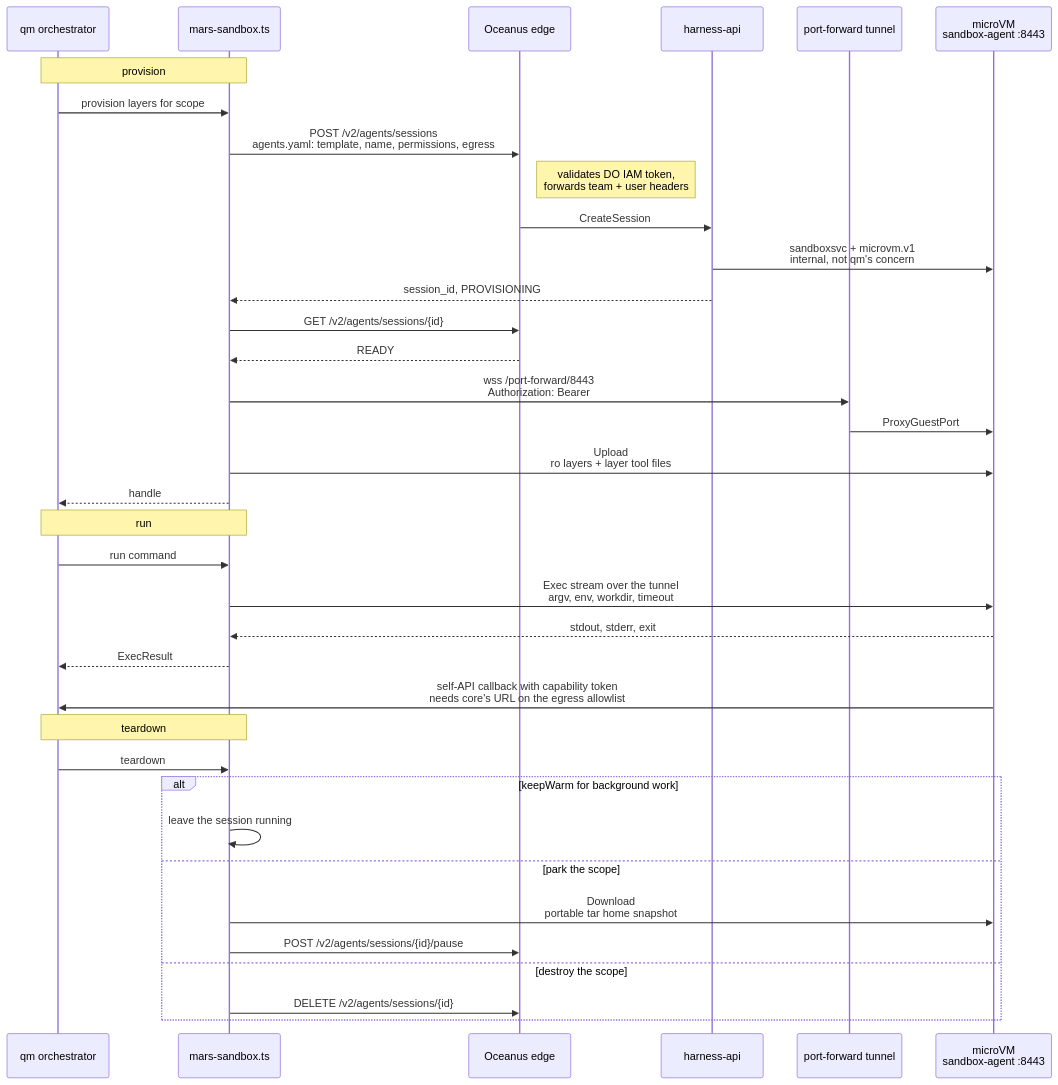
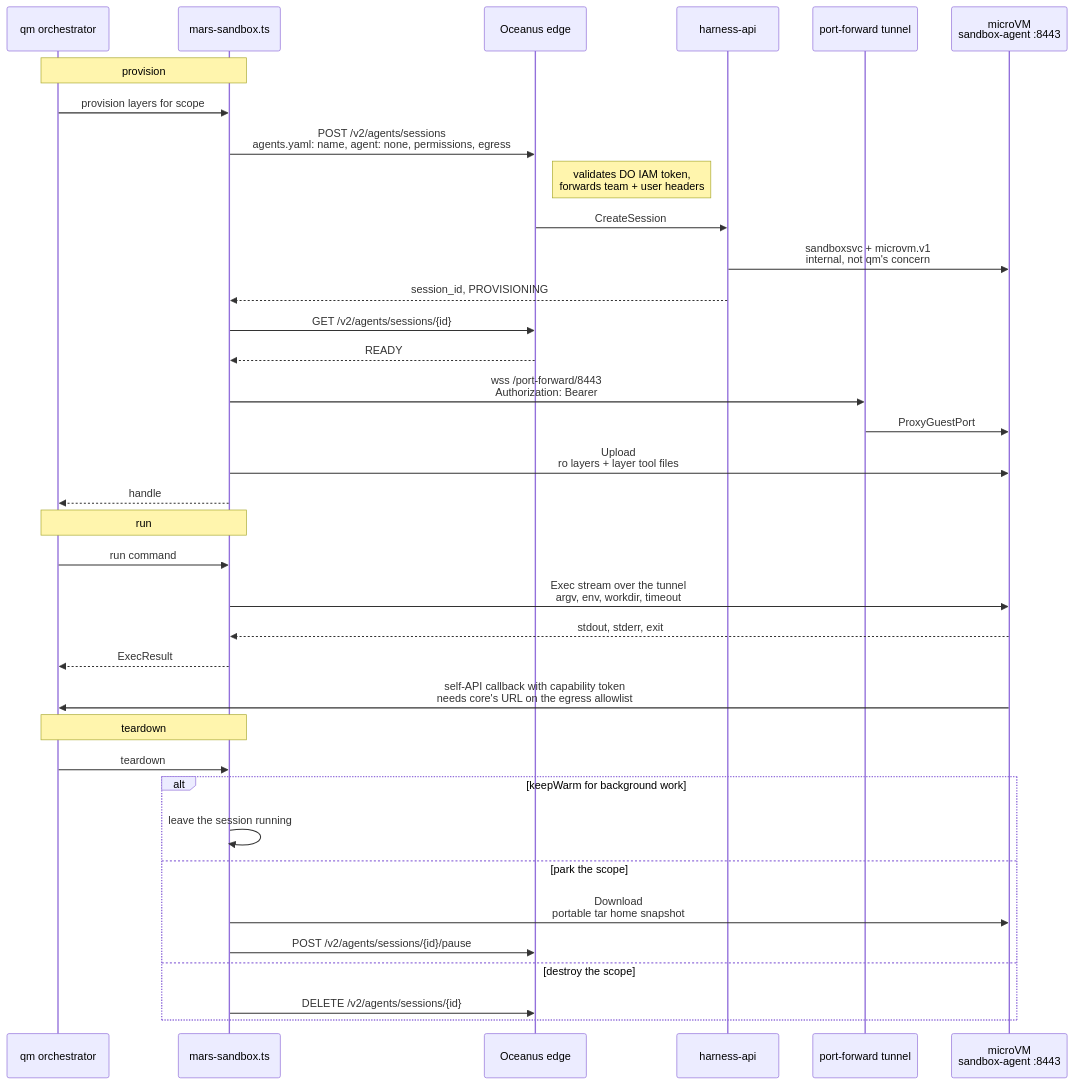
Before and after one commit to nkurraDO/qm: the second of 2 diagrams in adrs/mars-sandbox-backend.md, drawn with Mermaid. The commit also changed other lines of this file and 5 other files, not shown here.

First line of the commit message:
Ask MARS for a bare sandbox with agent: none

````diff
--- a/adrs/mars-sandbox-backend.md
+++ b/adrs/mars-sandbox-backend.md
@@ -29,41 +29,41 @@
 ```mermaid
 sequenceDiagram
   participant O as qm orchestrator
   participant B as mars-sandbox.ts
   participant E as Oceanus edge
   participant H as harness-api
   participant T as port-forward tunnel
   participant V as microVM<br/>sandbox-agent :8443
 
   Note over O,B: provision
   O->>B: provision layers for scope
-  B->>E: POST /v2/agents/sessions<br/>agents.yaml: template, name, permissions, egress
+  B->>E: POST /v2/agents/sessions<br/>agents.yaml: name, agent: none, permissions, egress
   Note right of E: validates DO IAM token,<br/>forwards team + user headers
   E->>H: CreateSession
   H->>V: sandboxsvc + microvm.v1<br/>internal, not qm's concern
   H-->>B: session_id, PROVISIONING
   B->>E: GET /v2/agents/sessions/{id}
   E-->>B: READY
   B->>T: wss /port-forward/8443<br/>Authorization: Bearer
   T->>V: ProxyGuestPort
   B->>V: Upload<br/>ro layers + layer tool files
   B-->>O: handle
 
   Note over O,B: run
   O->>B: run command
   B->>V: Exec stream over the tunnel<br/>argv, env, workdir, timeout
   V-->>B: stdout, stderr, exit
   B-->>O: ExecResult
   V->>O: self-API callback with capability token<br/>needs core's URL on the egress allowlist
 
   Note over O,B: teardown
   O->>B: teardown
   alt keepWarm for background work
     B->>B: leave the session running
   else park the scope
     B->>V: Download<br/>portable tar home snapshot
     B->>E: POST /v2/agents/sessions/{id}/pause
   else destroy the scope
     B->>E: DELETE /v2/agents/sessions/{id}
   end
 ```
````
